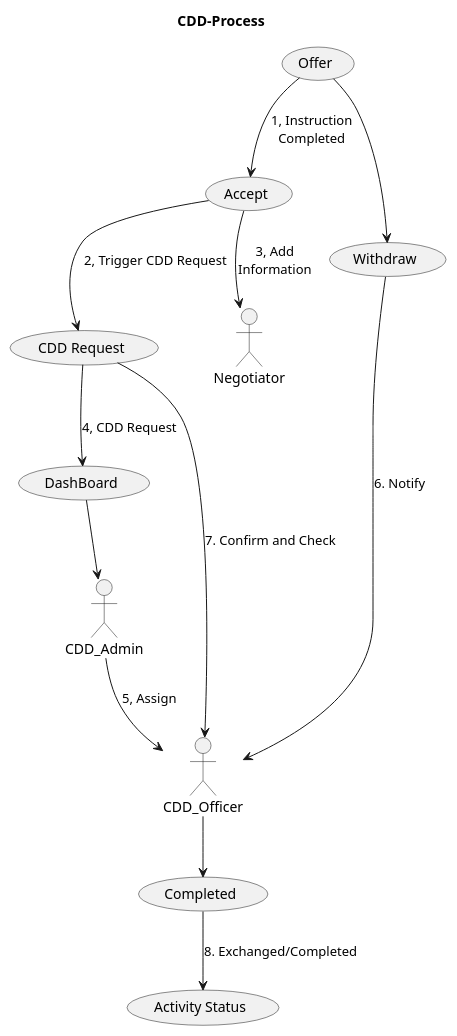
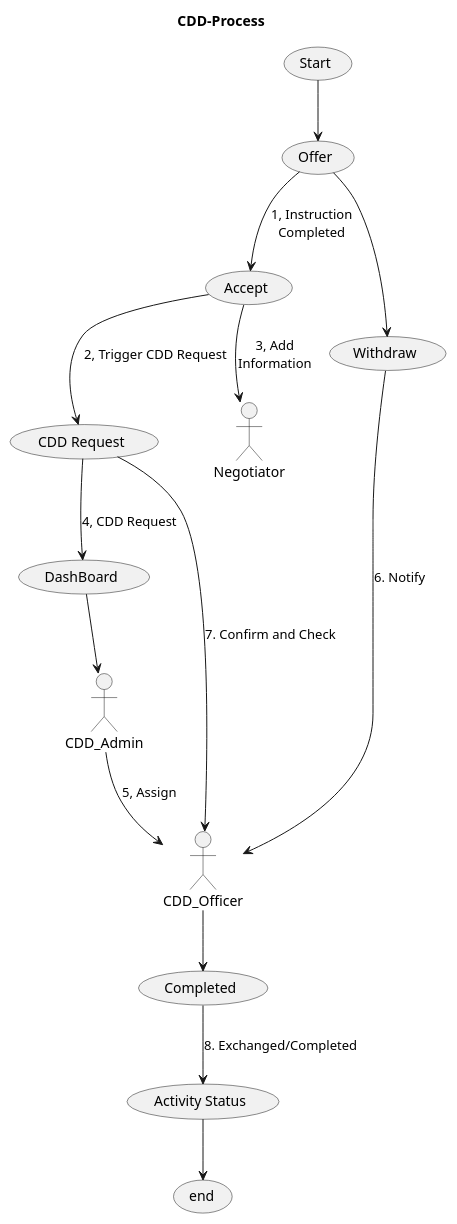
The diagram in assets/CDD-Process.puml (Kf-GaryNewport/Kf-GaryNewport.github.io), drawn with PlantUML before and after one commit.

```diff
--- a/assets/CDD-Process.puml
+++ b/assets/CDD-Process.puml
@@ -1,17 +1,18 @@
 @startuml CDDProcess
 
 title CDD-Process
 
+(Start) --> (Offer)
 (Offer) --> (Accept) : 1, Instruction\nCompleted
 (Accept) --> (CDD Request) : 2, Trigger CDD Request
 (Accept) --> Negotiator : 3, Add\nInformation
 (CDD Request) --> (DashBoard) : 4, CDD Request
 (DashBoard) --> CDD_Admin
 CDD_Admin --> CDD_Officer : 5, Assign
 (Offer) --> (Withdraw) 
 (Withdraw) --> CDD_Officer : 6. Notify
 (CDD Request) --> CDD_Officer : 7. Confirm and Check
 CDD_Officer --> (Completed)
 (Completed) --> (Activity Status) : 8. Exchanged/Completed
-
+(Activity Status) --> (end)
 @enduml
```
